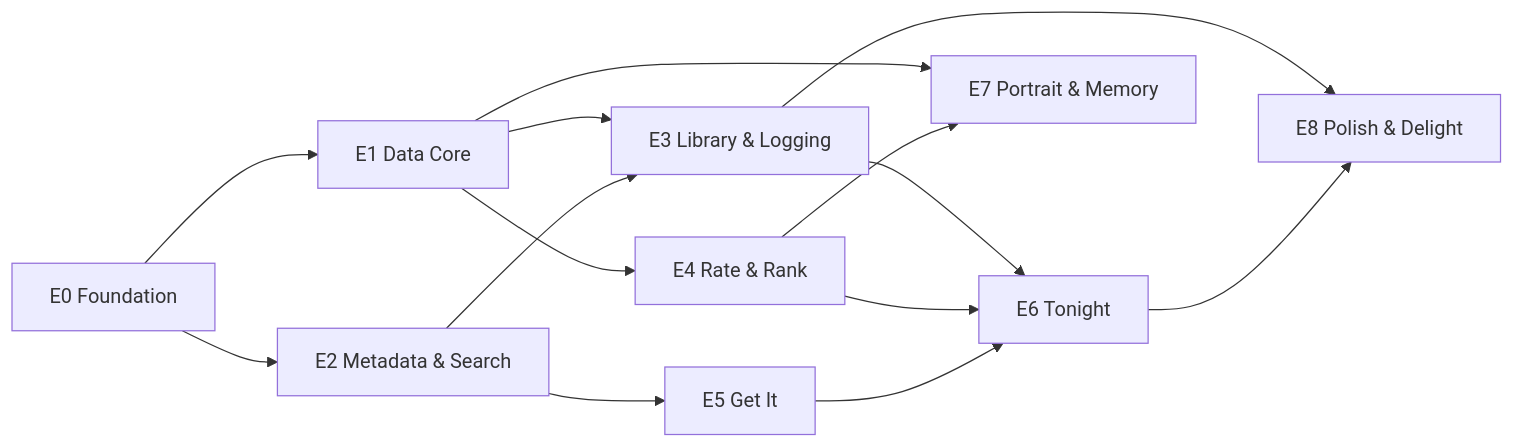
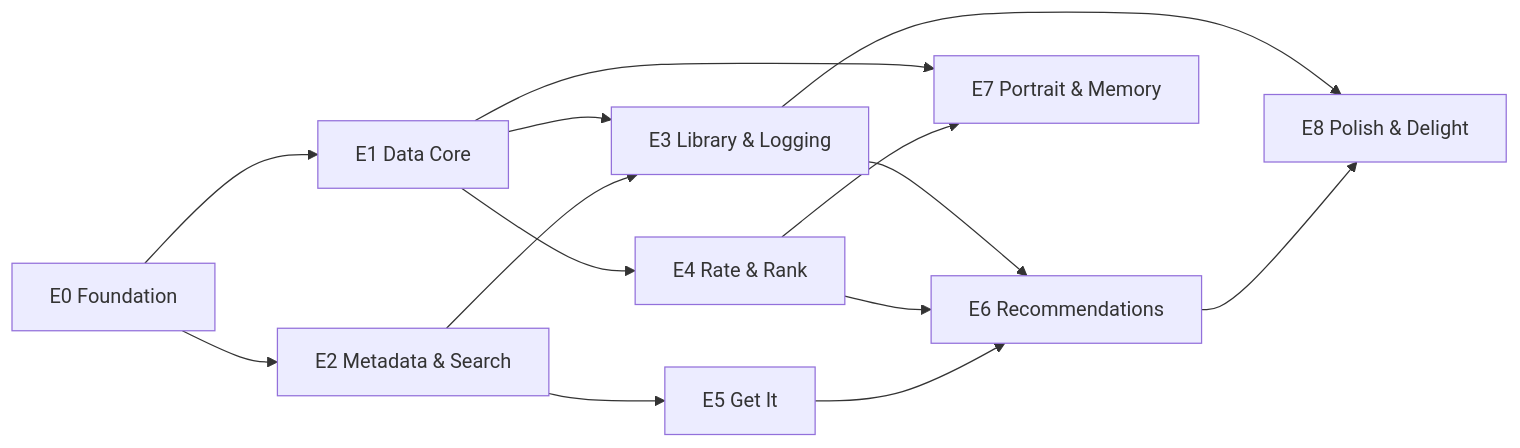
The first of 2 diagrams in docs/EPICS.md (jlister-leonard/mediamogul), drawn with Mermaid before and after one commit. The commit also changed other lines of this file and 1 other file, not shown here.

First line of the commit message:
docs: restructure IA around a Recommendations engine

````diff
--- a/docs/EPICS.md
+++ b/docs/EPICS.md
@@ -16,16 +16,16 @@
 ```mermaid
 graph LR
     E0[E0 Foundation] --> E1[E1 Data Core]
     E0 --> E2[E2 Metadata & Search]
     E1 --> E3[E3 Library & Logging]
     E2 --> E3
     E1 --> E4[E4 Rate & Rank]
     E2 --> E5[E5 Get It]
-    E3 --> E6[E6 Tonight]
+    E3 --> E6[E6 Recommendations]
     E4 --> E6
     E5 --> E6
     E1 --> E7[E7 Portrait & Memory]
     E4 --> E7
     E3 --> E8[E8 Polish & Delight]
     E6 --> E8
 ```
````
